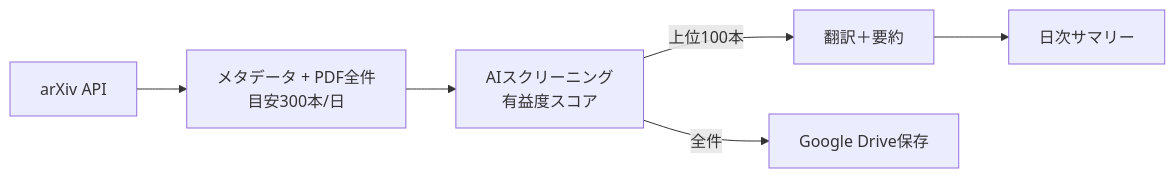
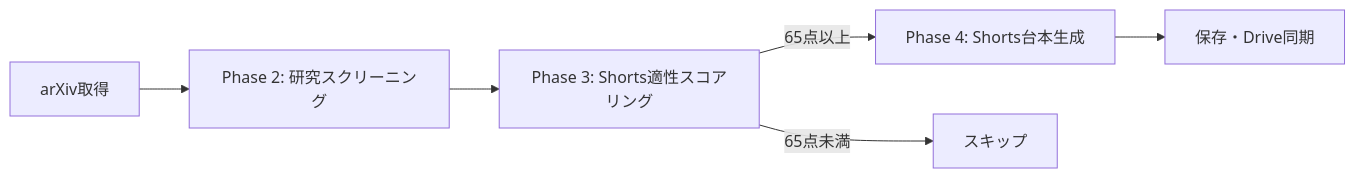
One commit to yke-t/entropic-aurora changed the diagram in docs/IMPLEMENTATION_PLAN.md. Above: the diagram before and after it, drawn with Mermaid. The commit also changed other lines of this file and 15 other files, not shown here.

````diff
--- a/docs/IMPLEMENTATION_PLAN.md
+++ b/docs/IMPLEMENTATION_PLAN.md
@@ -55,8 +14,8 @@
 ```mermaid
 flowchart LR
-    A[arXiv API] --> B[メタデータ + PDF全件<br>目安300本/日]
-    B --> C[AIスクリーニング<br>有益度スコア]
-    C -->|上位100本| D[翻訳＋要約]
-    C -->|全件| E[Google Drive保存]
-    D --> F[日次サマリー]
+    A[arXiv取得] --> B[Phase 2: 研究スクリーニング]
+    B --> C[Phase 3: Shorts適性スコアリング]
+    C -->|65点以上| D[Phase 4: Shorts台本生成]
+    C -->|65点未満| E[スキップ]
+    D --> F[保存・Drive同期]
 ```
````
